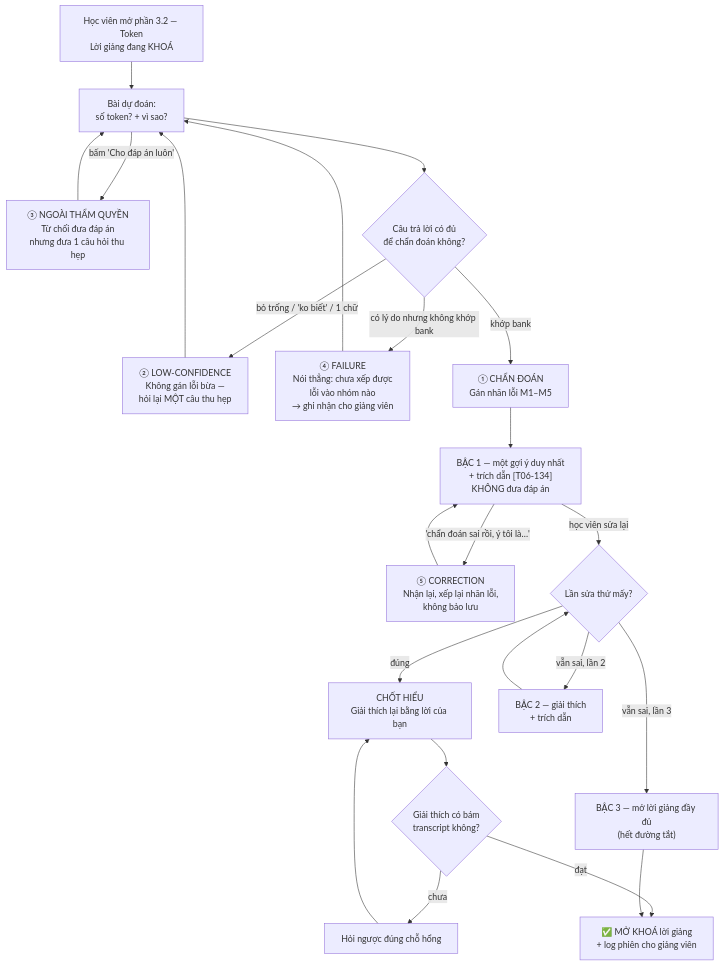
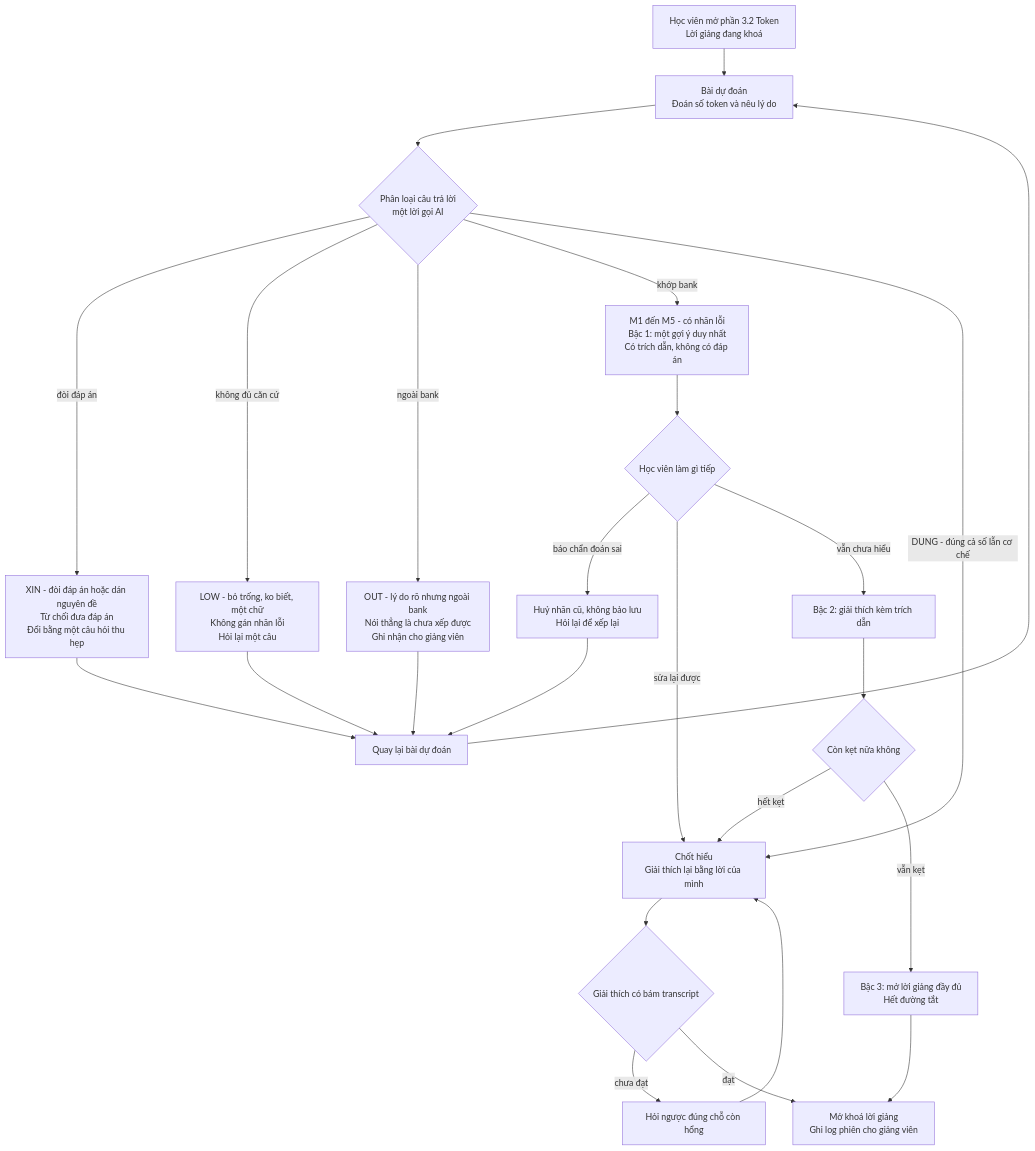
Before and after one commit to tungdaisy7it/K4-3A-E402-Aura: the diagram in docs/flow-cp2.md, drawn with Mermaid. The commit also changed other lines of this file, not shown here.

Commit message:
Vẽ lại sơ đồ luồng: bỏ ký hiệu, gỡ rối nhánh, khớp code CP3
- Bỏ toàn bộ ký hiệu vòng tròn và dấu tích trong nhãn node.
- Ba nhánh trước đây cùng trỏ ngược về node bài dự đoán giờ gom qua
  một điểm quay lại duy nhất, bớt đường cắt nhau.
- Duỗi thẳng thang dẫn giải bậc 1 - 2 - 3 thành chuỗi dọc thay vì
  vòng lặp qua một node quyết định.
- Tách phần khai báo node và phần nối cạnh cho dễ đọc.
- Cập nhật cho khớp bản CP3: phân loại giờ là một lời gọi AI trả về
  đúng năm hướng M1-M5 / DUNG / LOW / OUT / XIN.

Đã kiểm cú pháp bằng mermaid.parse, không phải chỉ đọc bằng mắt.

````diff
--- a/docs/flow-cp2.md
+++ b/docs/flow-cp2.md
@@ -12,31 +12,53 @@
 ```mermaid
 flowchart TD
-    A["Học viên mở phần 3.2 — Token<br/>Lời giảng đang KHOÁ"] --> B["Bài dự đoán:<br/>số token? + vì sao?"]
-    B -->|"bấm 'Cho đáp án luôn'"| X["③ NGOÀI THẨM QUYỀN<br/>Từ chối đưa đáp án<br/>nhưng đưa 1 câu hỏi thu hẹp"]
-    X --> B
-    B --> C{"Câu trả lời có đủ<br/>để chẩn đoán không?"}
+    A["Học viên mở phần 3.2 Token<br/>Lời giảng đang khoá"]
+    B["Bài dự đoán<br/>Đoán số token và nêu lý do"]
+    C{"Phân loại câu trả lời<br/>một lời gọi AI"}
 
-    C -->|"bỏ trống / 'ko biết' / 1 chữ"| D["② LOW-CONFIDENCE<br/>Không gán lỗi bừa —<br/>hỏi lại MỘT câu thu hẹp"]
-    D --> B
+    XIN["XIN - đòi đáp án hoặc dán nguyên đề<br/>Từ chối đưa đáp án<br/>Đổi bằng một câu hỏi thu hẹp"]
+    LOW["LOW - bỏ trống, ko biết, một chữ<br/>Không gán nhãn lỗi<br/>Hỏi lại một câu"]
+    OUT["OUT - lý do rõ nhưng ngoài bank<br/>Nói thẳng là chưa xếp được<br/>Ghi nhận cho giảng viên"]
+    R["Quay lại bài dự đoán"]
 
-    C -->|"có lý do nhưng không khớp bank"| E["④ FAILURE<br/>Nói thẳng: chưa xếp được<br/>lỗi vào nhóm nào<br/>→ ghi nhận cho giảng viên"]
-    E --> B
+    M["M1 đến M5 - có nhãn lỗi<br/>Bậc 1: một gợi ý duy nhất<br/>Có trích dẫn, không có đáp án"]
+    SUA{"Học viên làm gì tiếp"}
+    SAI["Huỷ nhãn cũ, không bảo lưu<br/>Hỏi lại để xếp lại"]
+    B2["Bậc 2: giải thích kèm trích dẫn"]
+    KET{"Còn kẹt nữa không"}
+    B3["Bậc 3: mở lời giảng đầy đủ<br/>Hết đường tắt"]
 
-    C -->|"khớp bank"| F["① CHẨN ĐOÁN<br/>Gán nhãn lỗi M1–M5"]
-    F --> G["BẬC 1 — một gợi ý duy nhất<br/>+ trích dẫn [T06-134]<br/>KHÔNG đưa đáp án"]
+    CHOT["Chốt hiểu<br/>Giải thích lại bằng lời của mình"]
+    DOI{"Giải thích có bám transcript"}
+    HOI["Hỏi ngược đúng chỗ còn hổng"]
+    MO["Mở khoá lời giảng<br/>Ghi log phiên cho giảng viên"]
 
-    G -->|"'chẩn đoán sai rồi, ý tôi là…'"| H["⑤ CORRECTION<br/>Nhận lại, xếp lại nhãn lỗi,<br/>không bảo lưu"]
-    H --> G
+    A --> B
+    B --> C
 
-    G -->|"học viên sửa lại"| I{"Lần sửa thứ mấy?"}
-    I -->|"đúng"| J["CHỐT HIỂU<br/>Giải thích lại bằng lời của bạn"]
-    I -->|"vẫn sai, lần 2"| K["BẬC 2 — giải thích<br/>+ trích dẫn"]
-    K --> I
-    I -->|"vẫn sai, lần 3"| L["BẬC 3 — mở lời giảng đầy đủ<br/>(hết đường tắt)"]
+    C -->|"đòi đáp án"| XIN
+    C -->|"không đủ căn cứ"| LOW
+    C -->|"ngoài bank"| OUT
+    C -->|"khớp bank"| M
+    C -->|"DUNG - đúng cả số lẫn cơ chế"| CHOT
 
-    J --> M{"Giải thích có bám<br/>transcript không?"}
-    M -->|"chưa"| N["Hỏi ngược đúng chỗ hổng"]
-    N --> J
-    M -->|"đạt"| O["✅ MỞ KHOÁ lời giảng<br/>+ log phiên cho giảng viên"]
-    L --> O
+    XIN --> R
+    LOW --> R
+    OUT --> R
+    R --> B
+
+    M --> SUA
+    SUA -->|"báo chẩn đoán sai"| SAI
+    SAI --> R
+    SUA -->|"sửa lại được"| CHOT
+    SUA -->|"vẫn chưa hiểu"| B2
+
+    B2 --> KET
+    KET -->|"hết kẹt"| CHOT
+    KET -->|"vẫn kẹt"| B3
+    B3 --> MO
+
+    CHOT --> DOI
+    DOI -->|"chưa đạt"| HOI
+    HOI --> CHOT
+    DOI -->|"đạt"| MO
 ```
````
